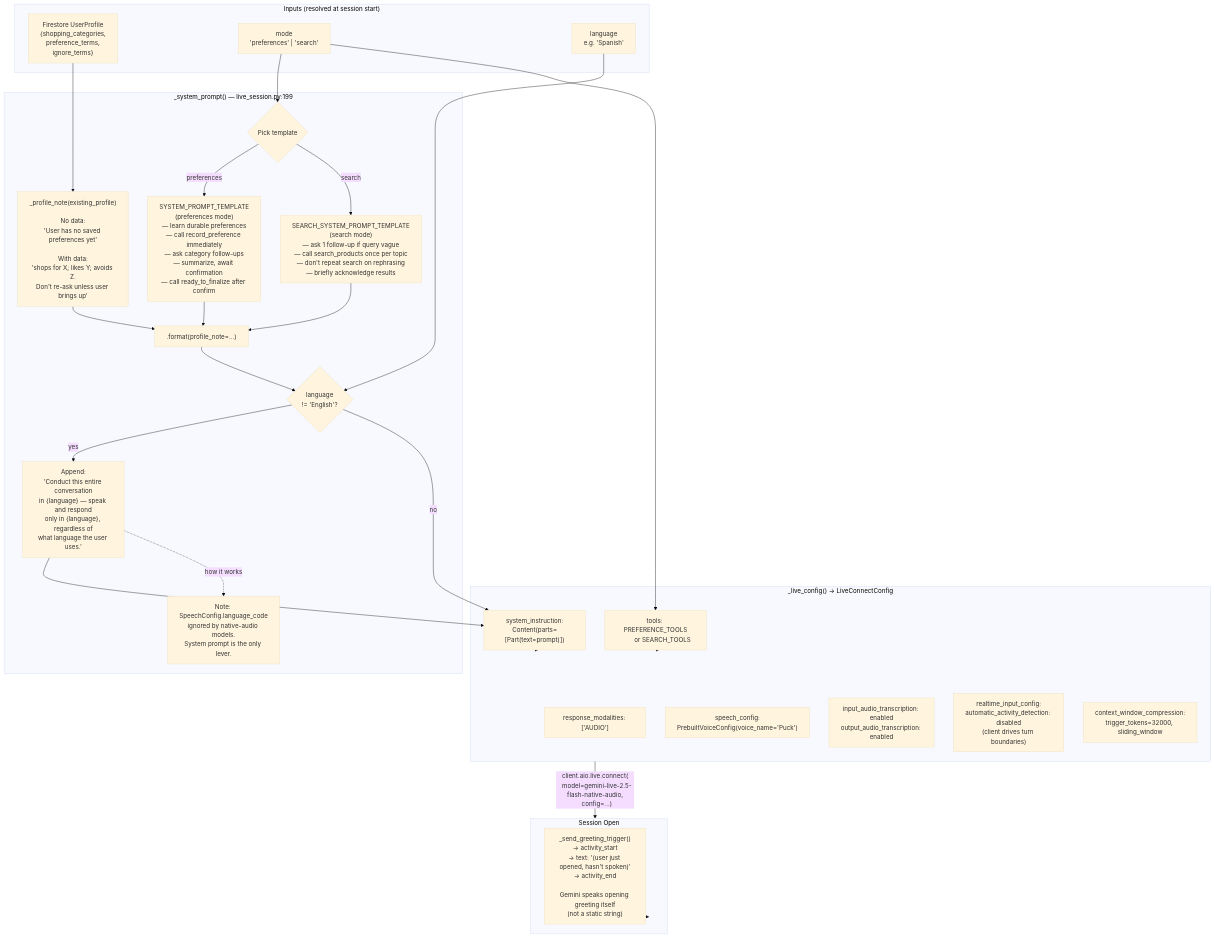
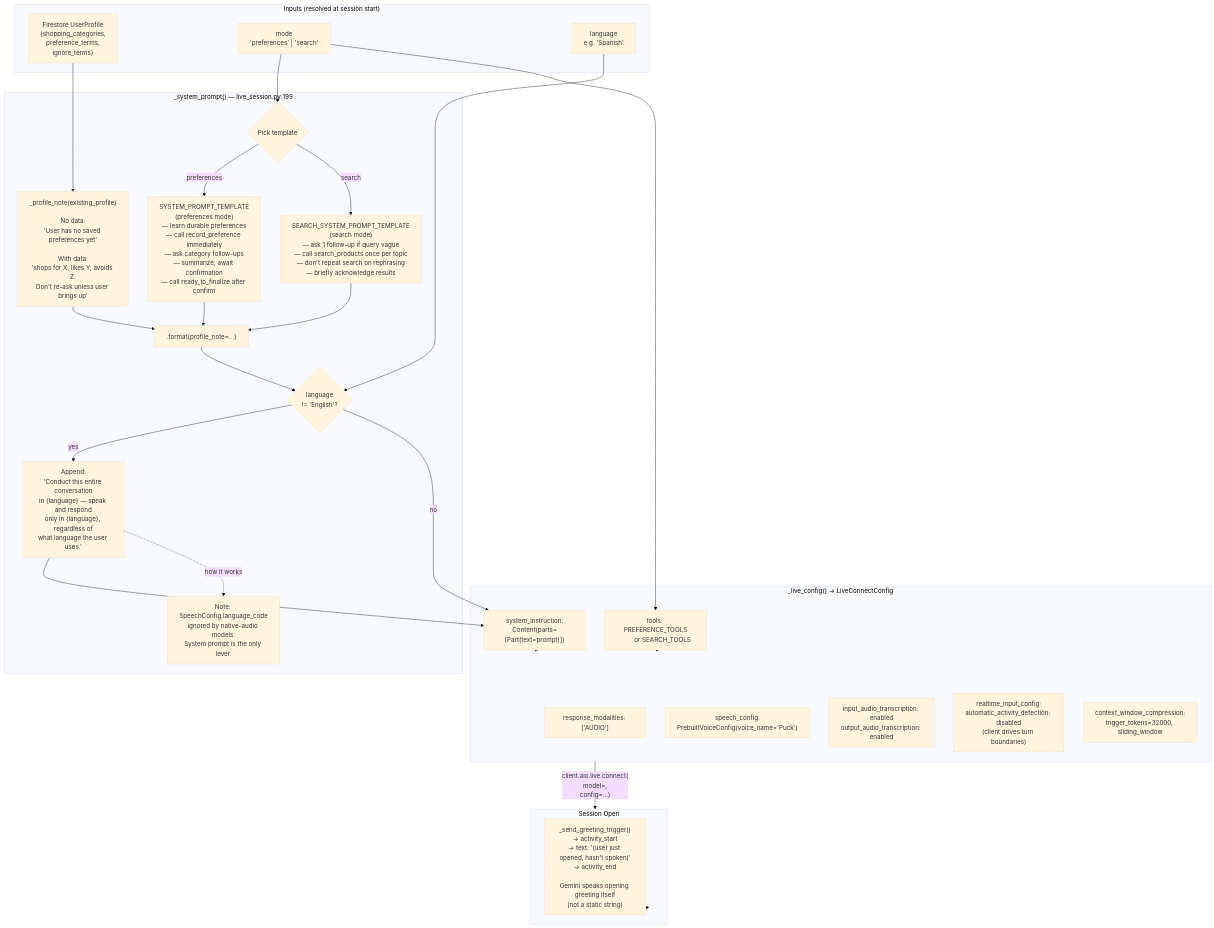
One commit to pradeep0698/pradeep_shoplens2026 changed the fifth of 7 diagrams in docs/diagrams/voice-diagrams.md. Above: the diagram before and after it, drawn with Mermaid (base theme). The commit also changed other lines of this file and 14 other files, not shown here.

````diff
--- a/docs/diagrams/voice-diagrams.md
+++ b/docs/diagrams/voice-diagrams.md
@@ -194,53 +200,53 @@
 ```mermaid
 flowchart TD
     subgraph Inputs["Inputs (resolved at session start)"]
         PROFILE["Firestore UserProfile\n{shopping_categories,\n preference_terms,\n ignore_terms}"]
         MODE["mode\n'preferences' | 'search'"]
         LANG["language\ne.g. 'Spanish'"]
     end
 
     subgraph Build["_system_prompt() — live_session.py:199"]
         TMPL{Pick template}
         PTMPL["SYSTEM_PROMPT_TEMPLATE\n(preferences mode)\n— learn durable preferences\n— call record_preference immediately\n— ask category follow-ups\n— summarize, await confirmation\n— call ready_to_finalize after confirm"]
         STMPL["SEARCH_SYSTEM_PROMPT_TEMPLATE\n(search mode)\n— ask 1 follow-up if query vague\n— call search_products once per topic\n— don't repeat search on rephrasing\n— briefly acknowledge results"]
         PNOTE["_profile_note(existing_profile)\n\nNo data:\n'User has no saved preferences yet'\n\nWith data:\n'shops for X; likes Y; avoids Z.\nDon't re-ask unless user brings up'"]
         FILL[".format(profile_note=...)"]
         LANGCHECK{language\n!= 'English'?}
         LANGAPPEND["Append:\n'Conduct this entire conversation\nin {language} — speak and respond\nonly in {language}, regardless of\nwhat language the user uses.'"]
         NOTE_LANG["Note: SpeechConfig.language_code\nignored by native-audio models.\nSystem prompt is the only lever."]
     end
 
     subgraph Config["_live_config() → LiveConnectConfig"]
         SYSCONTENT["system_instruction:\nContent(parts=[Part(text=prompt)])"]
         MODALITIES["response_modalities: ['AUDIO']"]
         TOOLS["tools: PREFERENCE_TOOLS\n        or SEARCH_TOOLS"]
         VOICE["speech_config:\nPrebuiltVoiceConfig(voice_name='Puck')"]
         TRANSCRIPTION["input_audio_transcription: enabled\noutput_audio_transcription: enabled"]
         VAD["realtime_input_config:\nautomatic_activity_detection: disabled\n(client drives turn boundaries)"]
         CTX["context_window_compression:\ntrigger_tokens=32000, sliding_window"]
     end
 
     subgraph Connect["Session Open"]
         GREET["_send_greeting_trigger()\n→ activity_start\n→ text: '(user just opened, hasn't spoken)'\n→ activity_end\n\nGemini speaks opening greeting itself\n(not a static string)"]
     end
 
     PROFILE --> PNOTE
     MODE --> TMPL
     TMPL -->|preferences| PTMPL
     TMPL -->|search| STMPL
     PTMPL --> FILL
     STMPL --> FILL
     PNOTE --> FILL
     FILL --> LANGCHECK
     LANGCHECK -->|yes| LANGAPPEND --> SYSCONTENT
     LANGCHECK -->|no| SYSCONTENT
     LANGAPPEND -.->|how it works| NOTE_LANG
     LANG --> LANGCHECK
 
     SYSCONTENT --> Config
     MODE --> TOOLS
     TOOLS --> Config
 
-    Config -->|"client.aio.live.connect(\n  model=gemini-live-2.5-flash-native-audio,\n  config=...)"| Connect
+    Config -->|"client.aio.live.connect(\n  model=<selected by VOICE_LIVE_PROVIDER>,\n  config=...)"| Connect
     Connect --> GREET
 ```
````
